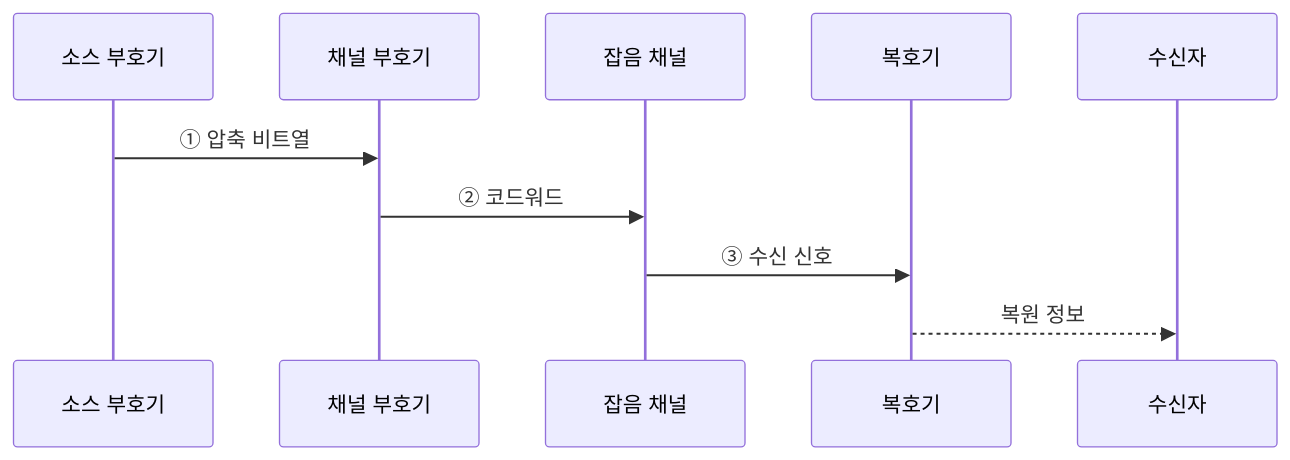
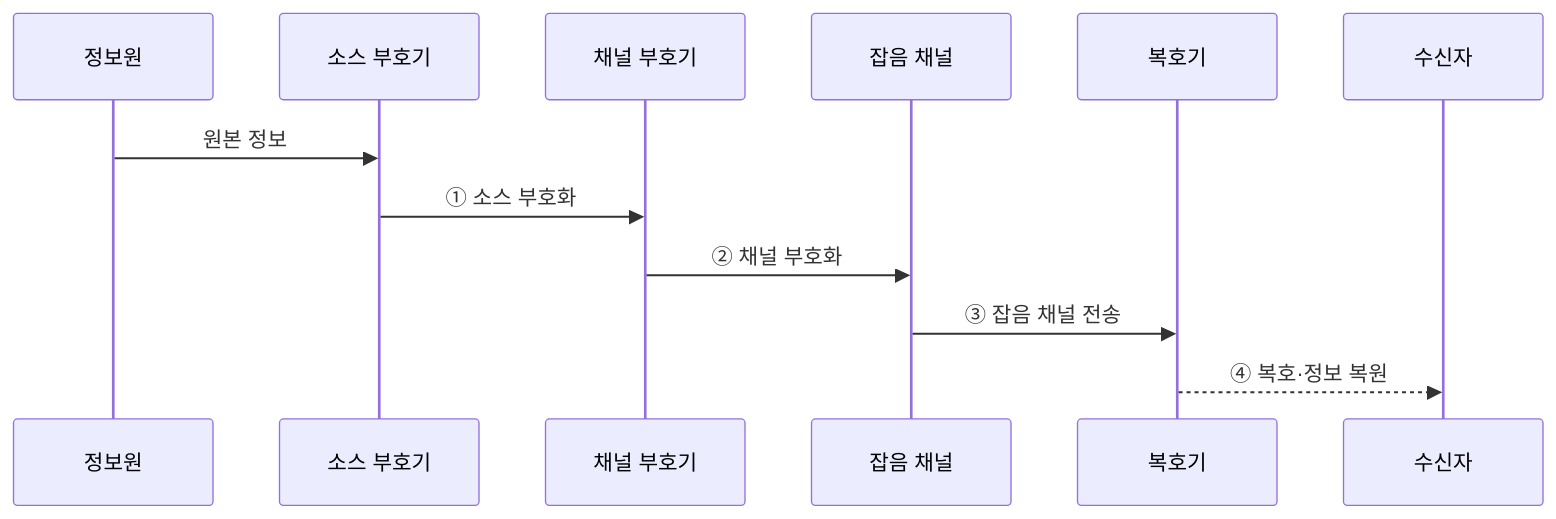
One commit to agnusdei1207/knowledge-base changed the third of 3 diagrams in src/content/docs/notes/01-basic-theory/029_information_theory.md. Above: the diagram before and after it, drawn with Mermaid. The commit also changed other lines of this file and 20 other files, not shown here.

````diff
--- a/src/content/docs/notes/01-basic-theory/029_information_theory.md
+++ b/src/content/docs/notes/01-basic-theory/029_information_theory.md
@@ -93,12 +96,14 @@
 ```mermaid
 sequenceDiagram
+    participant S as 정보원
     participant SE as 소스 부호기
     participant CE as 채널 부호기
     participant CH as 잡음 채널
     participant DE as 복호기
     participant R as 수신자
-    SE->>CE: ① 압축 비트열
-    CE->>CH: ② 코드워드
-    CH->>DE: ③ 수신 신호
-    DE-->>R: 복원 정보
+    S->>SE: 원본 정보
+    SE->>CE: ① 소스 부호화
+    CE->>CH: ② 채널 부호화
+    CH->>DE: ③ 잡음 채널 전송
+    DE-->>R: ④ 복호·정보 복원
 ```
````
